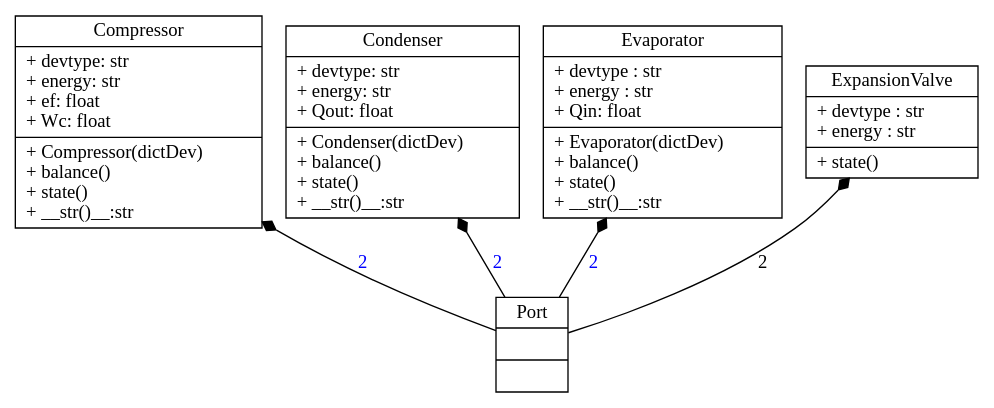
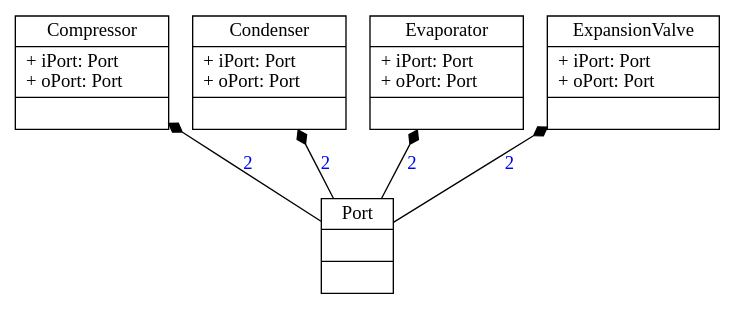
One commit to thermalogic/SimVCCE changed the diagram in doc/uml/dot/components_port.dot. Above: the diagram before and after it, drawn with Graphviz. The commit also changed 39 other files, not shown here.

```diff
--- a/doc/uml/dot/components_port.dot
+++ b/doc/uml/dot/components_port.dot
@@ -1,64 +1,42 @@
 digraph "classes" {
 rankdir=BT
 charset="utf-8"
 "components.compressor.Compressor" [color="black", fontcoor="black", 
               label="{Compressor|
-               + devtype: str\l
-               + energy: str\l 
-                + ef: float\l 
-               + Wc: float\l|
-               + Compressor(dictDev)\l 
-               + balance()\l 
-               + state()\l 
-               + __str()__:str\l}",
+               + iPort: Port\l
+               + oPort: Port\l |
+                 \l}",
                shape="record", style="solid"];
 "components.condenser.Condenser" [color="black", fontcolor="black", 
              label="{Condenser| 
-                   + devtype: str\l
-                   + energy: str\l 
-                   + Qout: float\l|
-                   + Condenser(dictDev)\l 
-                   + balance()\l
-                   + state()\l
-                   + __str()__:str\l}", 
+                  + iPort: Port\l
+                  + oPort: Port\l |
+                   \l}",
                    shape="record", style="solid"];
 "components.evaporator.Evaporator" [color="black", fontcolor="black",
             label="{Evaporator|
-                    + devtype : str\l
-                    + energy : str\l
-                    + Qin: float\l|
-                    + Evaporator(dictDev)\l
-                    + balance()\l
-                    + state()\l
-                    + __str()__:str\l}", 
+                  + iPort: Port\l
+                  + oPort: Port\l |
+                   \l}",
                     shape="record", style="solid"];
 "components.expansionvalve.ExpansionValve" [color="black", fontcolor="black",
              label="{ExpansionValve|
-                    + devtype : str\l 
-                    + energy : str\l|
-                    + state()\l}", 
-                    shape="record", style="solid"];
+                  + iPort: Port\l
+                  + oPort: Port\l |
+                   \l}",
+                 shape="record", style="solid"];
 
 "components.port.Port" [color="black", fontcolor="black", 
                label="{Port|
                         \l|
                         \l}", 
                        shape="record", style="solid"];
 
-"components.port.Port"->"components.compressor.Compressor"[
-            arrowhead="diamond", arrowtail="none",
-            fontcolor="blue",
-            label="2", style="solid"];
-"components.port.Port"->"components.condenser.Condenser"[
-            arrowhead="diamond", arrowtail="none",
-            fontcolor="blue",
-            label="2", style="solid"];
-"components.port.Port"->"components.evaporator.Evaporator"[
-            arrowhead="diamond", arrowtail="none",
-            fontcolor="blue",
-            label="2", style="solid"];
-"components.port.Port"->"components.expansionvalve.ExpansionValve"[
-            arrowhead="diamond", arrowtail="none",
-            fontcolor="2",
-            label="2", style="solid"];
+"components.port.Port"->{"components.compressor.Compressor",
+      "components.condenser.Condenser",
+      "components.evaporator.Evaporator",
+      "components.expansionvalve.ExpansionValve"}
+      [arrowhead="diamond", arrowtail="none",
+       fontcolor="blue",
+       label="2", style="solid"];
 }
```
